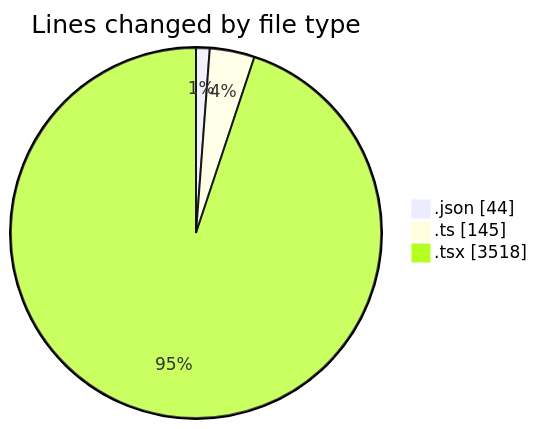
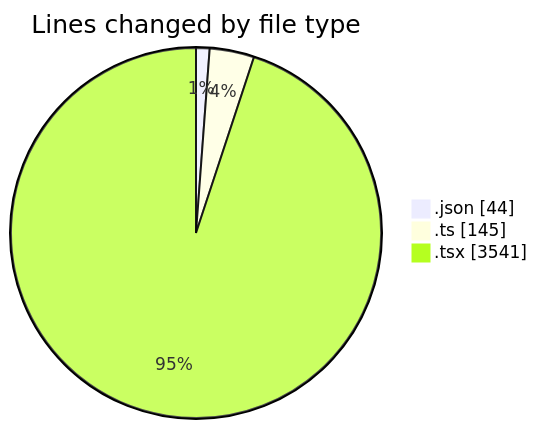
The first of 2 diagrams in 2025-10-24/eventscop-frontend-guide__workspace_/README.md (julien-gomy/code-tracking), drawn with Mermaid before and after one commit. The commit also changed other lines of this file and 1 other file, not shown here.

````diff
--- a/2025-10-24/eventscop-frontend-guide__workspace_/README.md
+++ b/2025-10-24/eventscop-frontend-guide__workspace_/README.md
@@ -36,7 +36,7 @@
 ```mermaid
 pie showData
 title Lines changed by file type
 ".json" : 44
 ".ts" : 145
-".tsx" : 3518
+".tsx" : 3541
 ```
````
